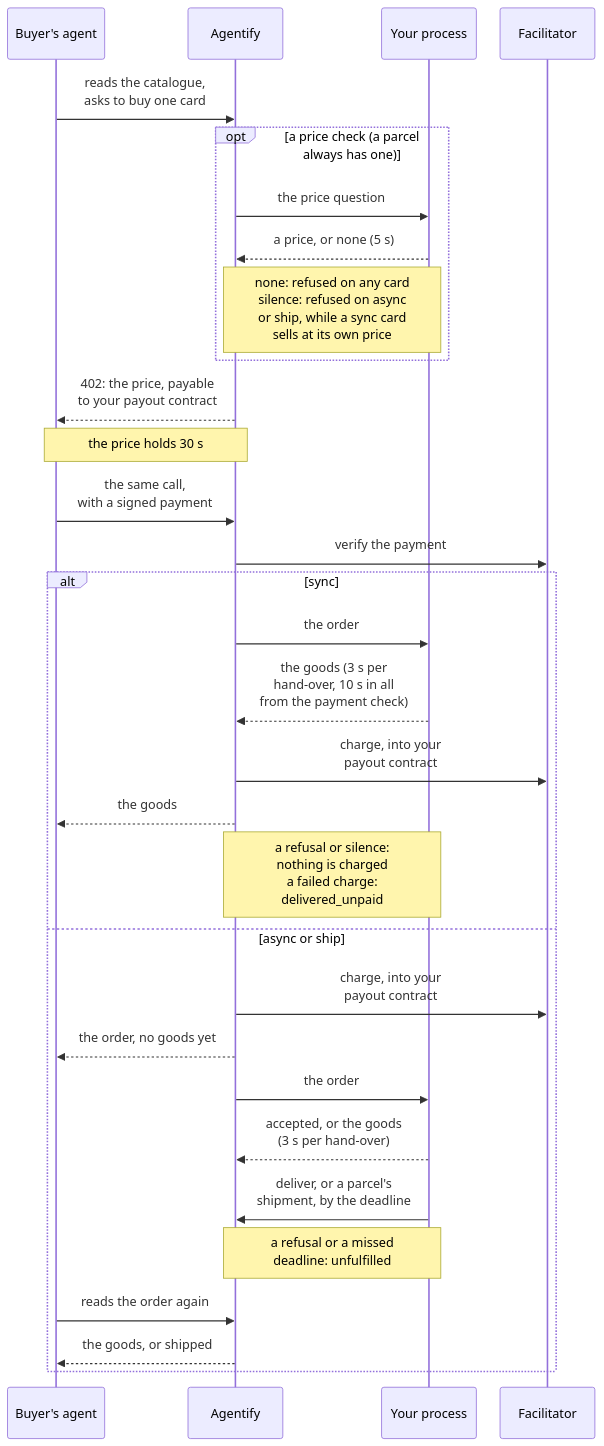
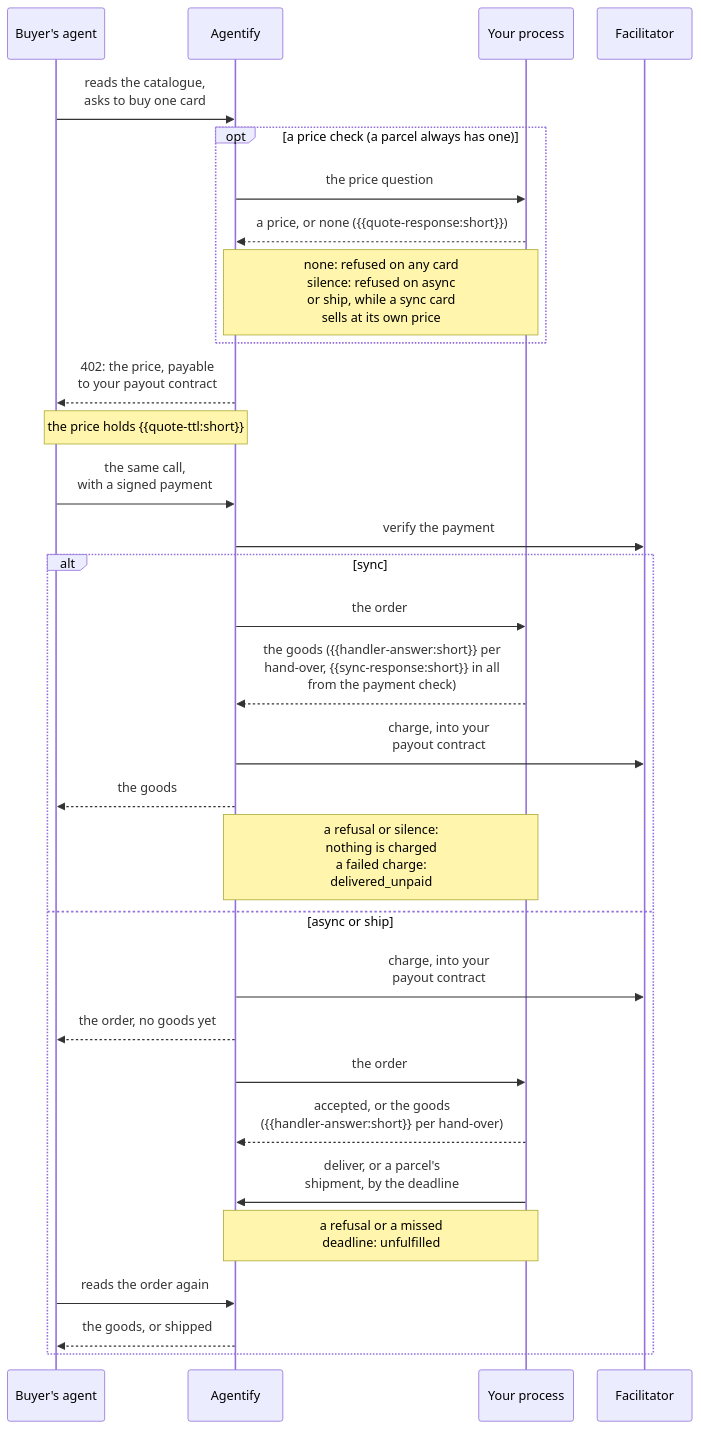
Before and after one commit to aftercard/agentify: the first of 3 diagrams in apps/docs/orders.md, drawn with Mermaid. The commit also changed other lines of this file and 8 other files, not shown here.

````diff
--- a/apps/docs/orders.md
+++ b/apps/docs/orders.md
@@ -69,41 +69,41 @@
 ```mermaid
 ---
 config:
   sequence:
     width: 120
     actorMargin: 30
 ---
 sequenceDiagram
     accTitle: One purchase, from the catalogue to the goods
-    accDescr: The agent reads the catalogue and asks to buy a card. If the card has a price check, which a parcel's card always has, Agentify asks your process the price and waits five seconds; an answer of none refuses the purchase on any card, and silence refuses it on a card charged at purchase while a synchronous card sells at its own price. Agentify answers 402 Payment Required with the price and your payout contract as the payee, and the price holds thirty seconds. The agent repeats the call with a signed payment and the facilitator verifies it. In the synchronous mode the order goes to your process, which answers each hand-over within three seconds and has ten seconds in all from the payment check to send back the goods; the facilitator then executes the charge into your payout contract and the agent receives the goods. A refusal or silence instead charges nothing, and a failed charge leaves the order delivered_unpaid. In the asynchronous and parcel modes the charge is executed first, the agent receives an order it reads again later, your process answers each hand-over within three seconds, accepting the order or delivering at once, and delivers later with a separate call by the deadline on your card; a parcel's delivery is its shipment. A refusal or a missed deadline instead leaves a paid order unfulfilled.
+    accDescr: The agent reads the catalogue and asks to buy a card. If the card has a price check, which a parcel's card always has, Agentify asks your process the price and waits {{quote-response}}; an answer of none refuses the purchase on any card, and silence refuses it on a card charged at purchase while a synchronous card sells at its own price. Agentify answers 402 Payment Required with the price and your payout contract as the payee, and the price holds {{quote-ttl}}. The agent repeats the call with a signed payment and the facilitator verifies it. In the synchronous mode the order goes to your process, which answers each hand-over within {{handler-answer}} and has {{sync-response}} in all from the payment check to send back the goods; the facilitator then executes the charge into your payout contract and the agent receives the goods. A refusal or silence instead charges nothing, and a failed charge leaves the order delivered_unpaid. In the asynchronous and parcel modes the charge is executed first, the agent receives an order it reads again later, your process answers each hand-over within {{handler-answer}}, accepting the order or delivering at once, and delivers later with a separate call by the deadline on your card; a parcel's delivery is its shipment. A refusal or a missed deadline instead leaves a paid order unfulfilled.
     participant A as Buyer's agent
     participant G as Agentify
     participant Y as Your process
     participant F as Facilitator
     A->>G: reads the catalogue,<br/>asks to buy one card
     opt a price check (a parcel always has one)
         G->>Y: the price question
-        Y-->>G: a price, or none (5 s)
+        Y-->>G: a price, or none ({{quote-response:short}})
         Note over G,Y: none: refused on any card<br/>silence: refused on async<br/>or ship, while a sync card<br/>sells at its own price
     end
     G-->>A: 402: the price, payable<br/>to your payout contract
-    Note over A,G: the price holds 30 s
+    Note over A,G: the price holds {{quote-ttl:short}}
     A->>G: the same call,<br/>with a signed payment
     G->>F: verify the payment
     alt sync
         G->>Y: the order
-        Y-->>G: the goods (3 s per<br/>hand-over, 10 s in all<br/>from the payment check)
+        Y-->>G: the goods ({{handler-answer:short}} per<br/>hand-over, {{sync-response:short}} in all<br/>from the payment check)
         G->>F: charge, into your<br/>payout contract
         G-->>A: the goods
         Note over G,Y: a refusal or silence:<br/>nothing is charged<br/>a failed charge:<br/>delivered_unpaid
     else async or ship
         G->>F: charge, into your<br/>payout contract
         G-->>A: the order, no goods yet
         G->>Y: the order
-        Y-->>G: accepted, or the goods<br/>(3 s per hand-over)
+        Y-->>G: accepted, or the goods<br/>({{handler-answer:short}} per hand-over)
         Y->>G: deliver, or a parcel's<br/>shipment, by the deadline
         Note over G,Y: a refusal or a missed<br/>deadline: unfulfilled
         A->>G: reads the order again
         G-->>A: the goods, or shipped
     end
 ```
````
